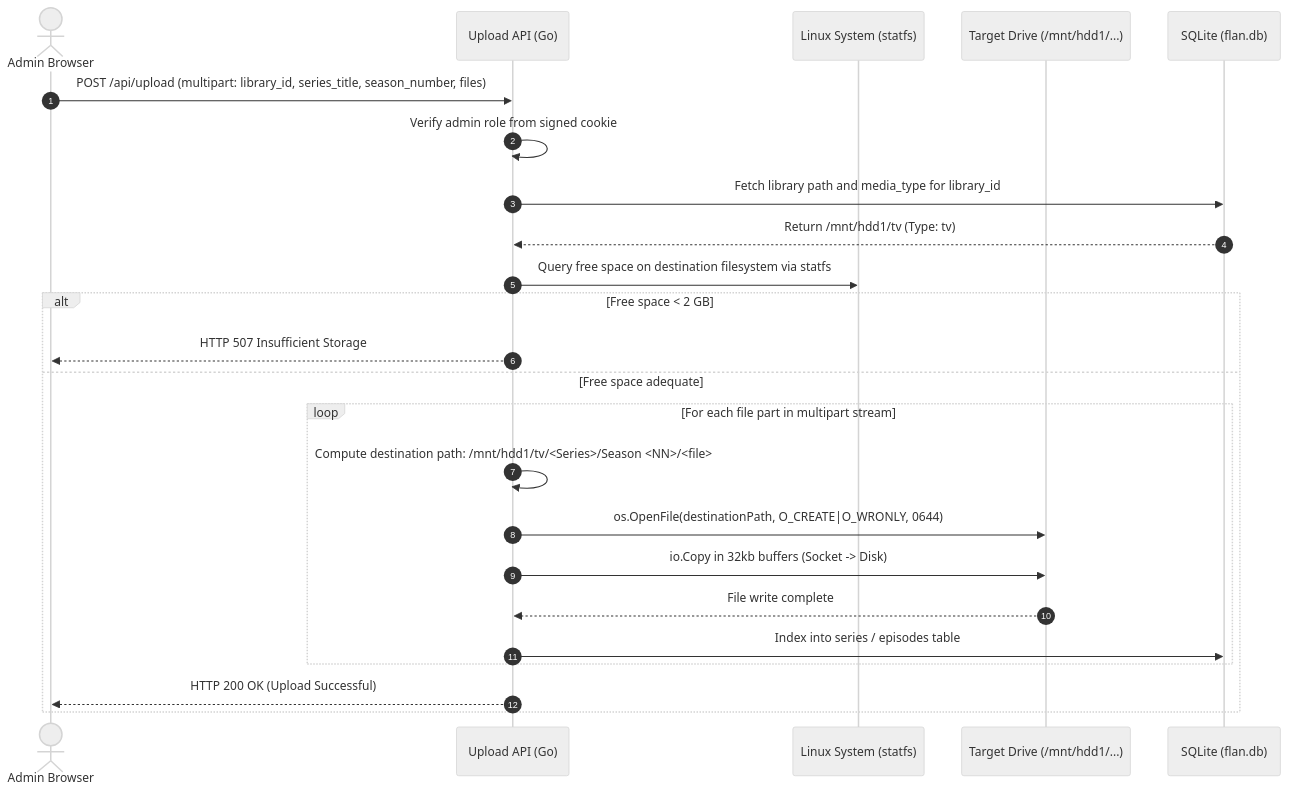
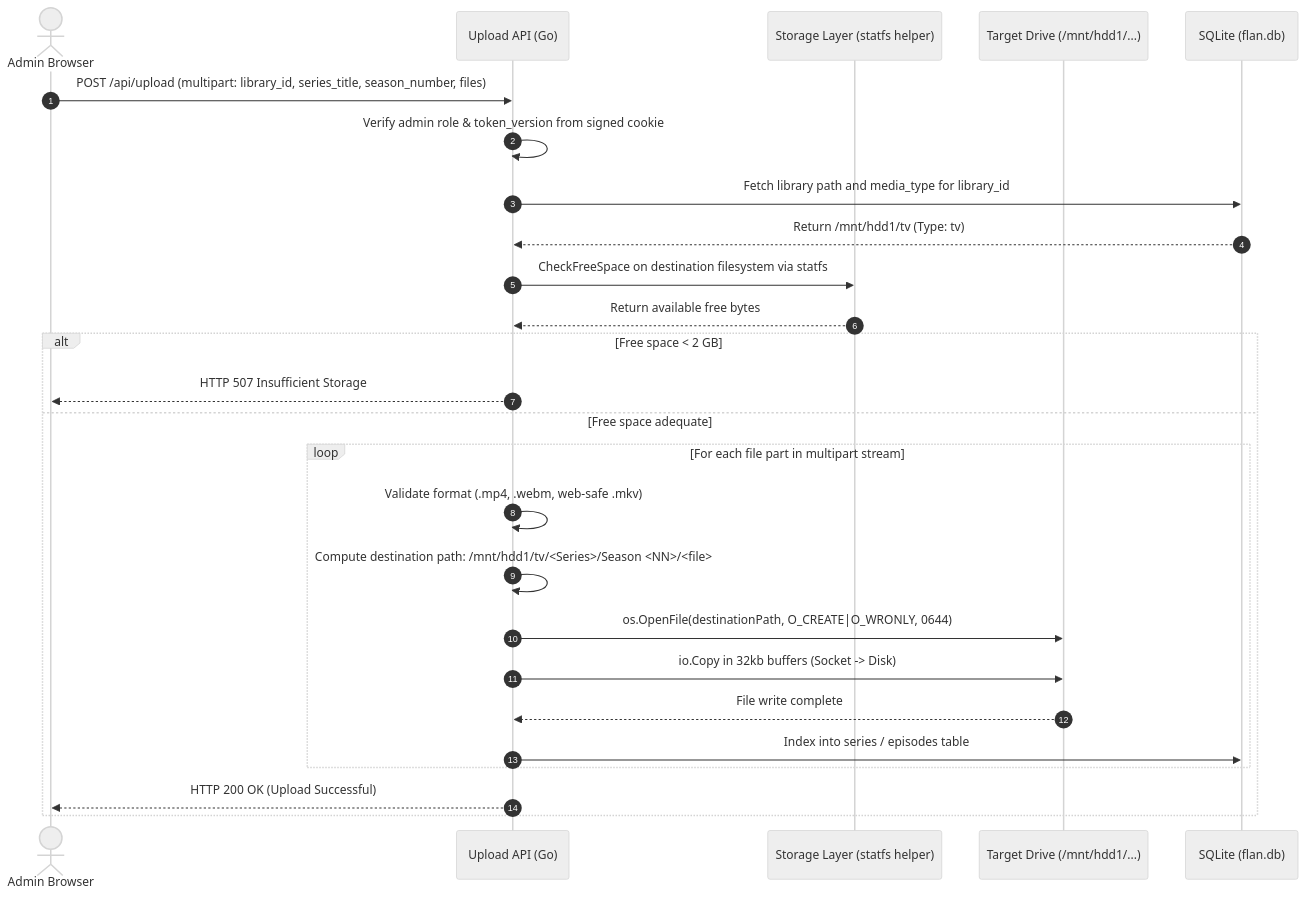
Before and after one commit to WesleyEsq/Flan-Media-Server: the sixth of 6 diagrams in docs/diagrams/data-flow.md, drawn with Mermaid (neutral theme). The commit also changed other lines of this file and 8 other files, not shown here.

````diff
--- a/docs/diagrams/data-flow.md
+++ b/docs/diagrams/data-flow.md
@@ -228,28 +233,30 @@
 ```mermaid
 sequenceDiagram
     autonumber
     actor Admin as Admin Browser
     participant UploadHandler as Upload API (Go)
-    participant OS as Linux System (statfs)
+    participant Storage as Storage Layer (statfs helper)
     participant Disk as Target Drive (/mnt/hdd1/...)
     participant DB as SQLite (flan.db)
 
     Admin->>UploadHandler: POST /api/upload (multipart: library_id, series_title, season_number, files)
-    UploadHandler->>UploadHandler: Verify admin role from signed cookie
+    UploadHandler->>UploadHandler: Verify admin role & token_version from signed cookie
     UploadHandler->>DB: Fetch library path and media_type for library_id
     DB-->>UploadHandler: Return /mnt/hdd1/tv (Type: tv)
-    UploadHandler->>OS: Query free space on destination filesystem via statfs
+    UploadHandler->>Storage: CheckFreeSpace on destination filesystem via statfs
+    Storage-->>UploadHandler: Return available free bytes
 
     alt Free space < 2 GB
         UploadHandler-->>Admin: HTTP 507 Insufficient Storage
     else Free space adequate
         loop For each file part in multipart stream
+            UploadHandler->>UploadHandler: Validate format (.mp4, .webm, web-safe .mkv)
             UploadHandler->>UploadHandler: Compute destination path: /mnt/hdd1/tv/<Series>/Season <NN>/<file>
             UploadHandler->>Disk: os.OpenFile(destinationPath, O_CREATE|O_WRONLY, 0644)
             UploadHandler->>Disk: io.Copy in 32kb buffers (Socket -> Disk)
             Disk-->>UploadHandler: File write complete
             UploadHandler->>DB: Index into series / episodes table
         end
         UploadHandler-->>Admin: HTTP 200 OK (Upload Successful)
     end
 ```
````
